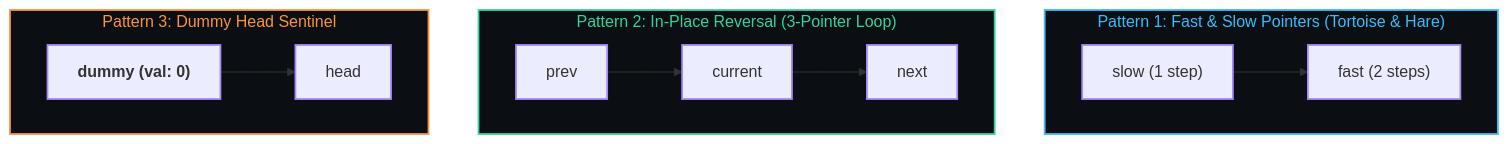
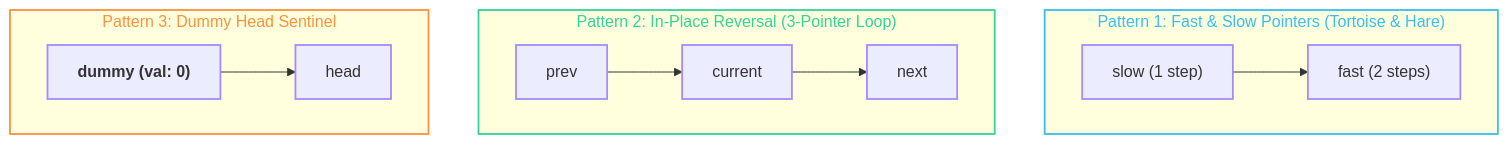
The diagram in BrainOS/02 - Foundations/DSA/Linked Lists.md (abhinavbharti2345/CS_Notes), drawn with Mermaid before and after one commit. The commit also changed 26 other files, not shown here.

Commit message:
feat: initialize BrainOS knowledge base with foundational curriculum and roadmap notes

````diff
--- a/BrainOS/02 - Foundations/DSA/Linked Lists.md
+++ b/BrainOS/02 - Foundations/DSA/Linked Lists.md
@@ -28,24 +28,24 @@
 ```mermaid
 flowchart TD
     subgraph P1 ["Pattern 1: Fast & Slow Pointers (Tortoise & Hare)"]
         direction LR
         S["slow (1 step)"] --> F["fast (2 steps)"]
     end
 
     subgraph P2 ["Pattern 2: In-Place Reversal (3-Pointer Loop)"]
         direction LR
         PR["prev"] --> CU["current"] --> NX["next"]
     end
 
     subgraph P3 ["Pattern 3: Dummy Head Sentinel"]
         direction LR
         DUM["<b>dummy (val: 0)</b>"] --> HD["head"]
     end
 
-    style P1 fill:#0B0F14,stroke:#38BDF8,stroke-width:1.8px,color:#38BDF8
-    style P2 fill:#0B0F14,stroke:#34D399,stroke-width:1.8px,color:#34D399
-    style P3 fill:#0B0F14,stroke:#FB923C,stroke-width:1.8px,color:#FB923C
+    style P1 stroke:#38BDF8,stroke-width:1.8px,color:#38BDF8
+    style P2 stroke:#34D399,stroke-width:1.8px,color:#34D399
+    style P3 stroke:#FB923C,stroke-width:1.8px,color:#FB923C
 
     classDef dsaNode stroke:#A78BFA,stroke-width:1.8px;
     class S,F,PR,CU,NX,DUM,HD dsaNode;
 ```
````
